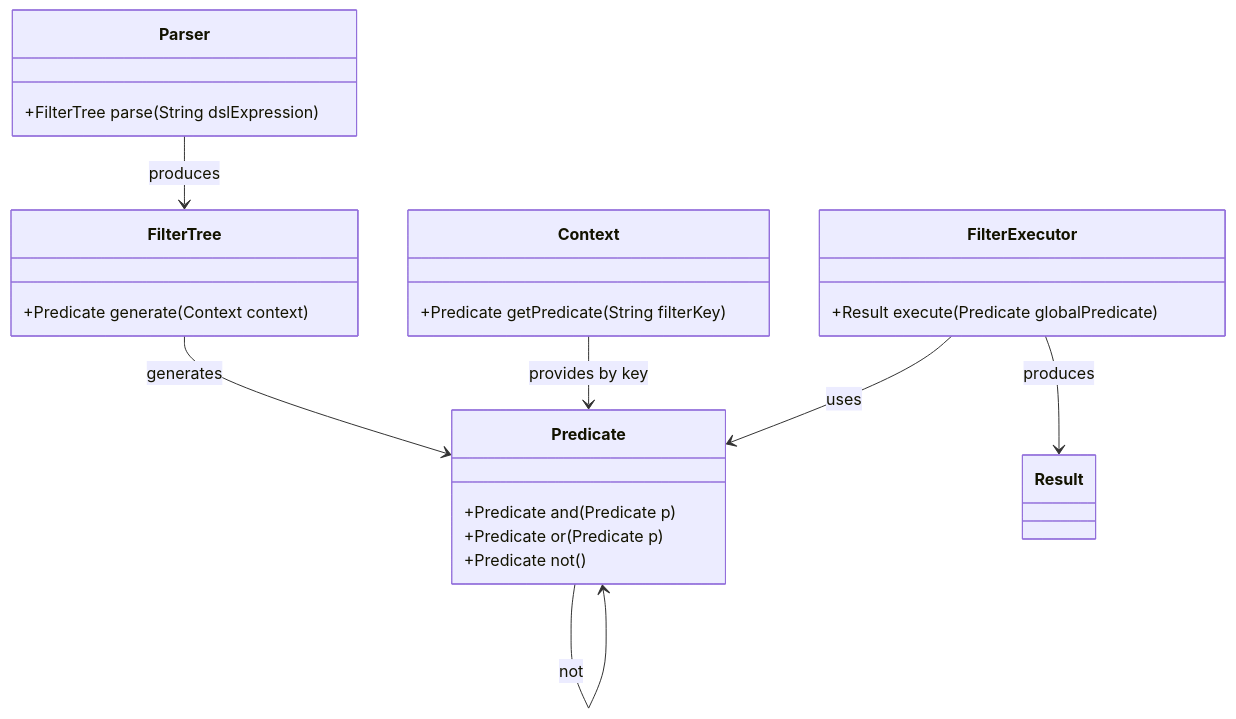
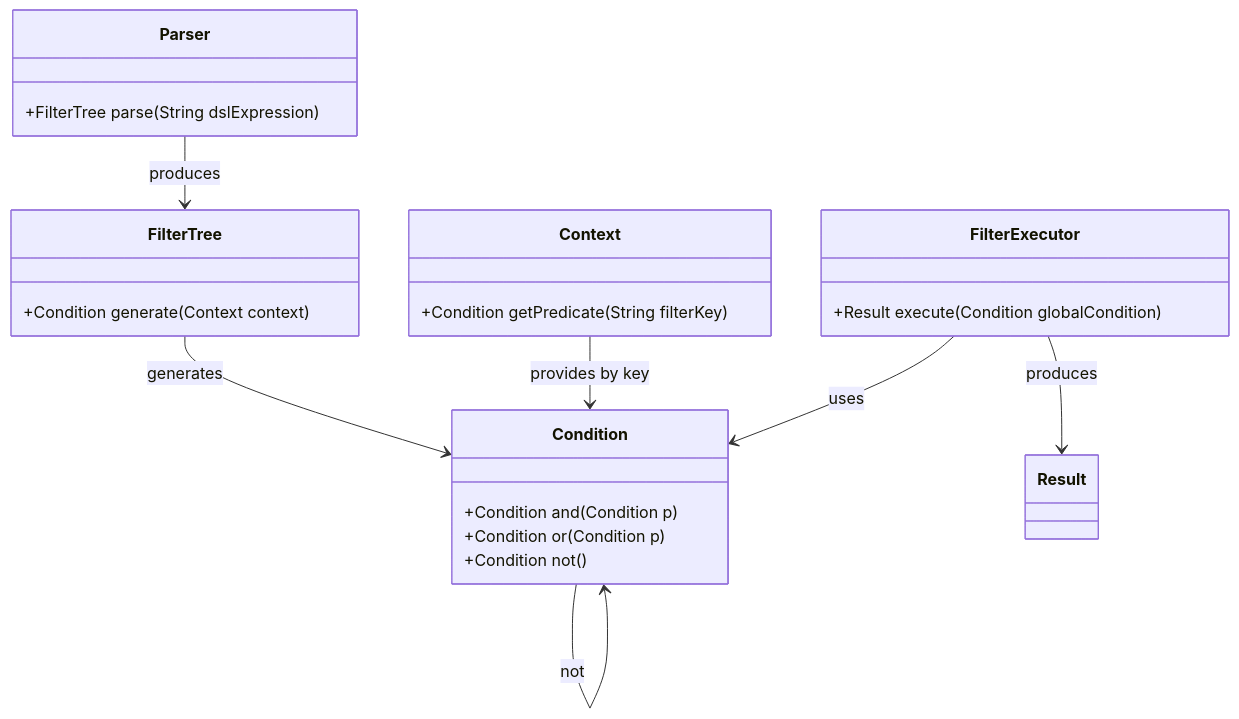
The diagram in docs/ARCHITECTURE.md (cyfko/filter-build), drawn with Mermaid before and after one commit. The commit also changed other lines of this file, not shown here.

````diff
--- a/docs/ARCHITECTURE.md
+++ b/docs/ARCHITECTURE.md
@@ -51,33 +51,33 @@
 ```mermaid
 classDiagram
     class Parser {
       +FilterTree parse(String dslExpression)
     }
 
     class FilterTree {
-      +Predicate generate(Context context)
+      +Condition generate(Context context)
     }
 
     class Context {
-      +Predicate getPredicate(String filterKey)
+      +Condition getPredicate(String filterKey)
     }
 
-    class Predicate {
-      +Predicate and(Predicate p)
-      +Predicate or(Predicate p)
-      +Predicate not()
+    class Condition {
+      +Condition and(Condition p)
+      +Condition or(Condition p)
+      +Condition not()
     }
 
     class FilterExecutor {
-      +Result execute(Predicate globalPredicate)
+      +Result execute(Condition globalCondition)
     }
 
     Parser --> FilterTree : produces
-    FilterTree --> Predicate : generates
-    Context --> Predicate : provides by key
-    Predicate --> Predicate : and
-    Predicate --> Predicate : or
-    Predicate --> Predicate : not
+    FilterTree --> Condition : generates
+    Context --> Condition : provides by key
+    Condition --> Condition : and
+    Condition --> Condition : or
+    Condition --> Condition : not
     FilterExecutor --> Result : produces
-    FilterExecutor --> Predicate : uses
+    FilterExecutor --> Condition : uses
 ```
````
